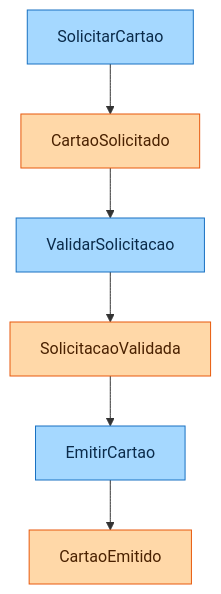
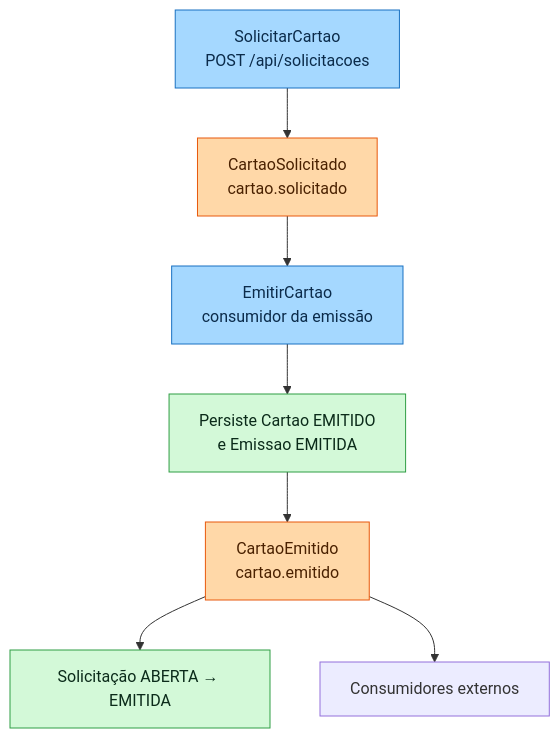
Before and after one commit to projeto-caixa-ada/gerador-cartao: the first of 5 diagrams in projeto-final-contratacao-cartao.md, drawn with Mermaid. The commit also changed other lines of this file and 1 other file, not shown here.

Commit message:
docs: Update project documentation to reflect current implementation and clarify event flow for card issuance

````diff
--- a/projeto-final-contratacao-cartao.md
+++ b/projeto-final-contratacao-cartao.md
@@ -62,13 +95,16 @@
 ```mermaid
 flowchart TD
-    A[SolicitarCartao] --> B[CartaoSolicitado]
-    B --> C[ValidarSolicitacao]
-    C --> D[SolicitacaoValidada]
-    D --> E[EmitirCartao]
-    E --> F[CartaoEmitido]
+    A["SolicitarCartao<br/>POST /api/solicitacoes"] --> B["CartaoSolicitado<br/>cartao.solicitado"]
+    B --> C["EmitirCartao<br/>consumidor da emissão"]
+    C --> G["Persiste Cartao EMITIDO<br/>e Emissao EMITIDA"]
+    G --> D["CartaoEmitido<br/>cartao.emitido"]
+    D --> E["Solicitação ABERTA → EMITIDA"]
+    D --> F["Consumidores externos"]
 
     classDef comando fill:#a5d8ff,stroke:#1971c2,color:#0b2b4a
     classDef evento fill:#ffd8a8,stroke:#e8590c,color:#4a2100
-    class A,C,E comando
-    class B,D,F evento
+    classDef estado fill:#d3f9d8,stroke:#2f9e44,color:#0b2b1a
+    class A,C comando
+    class B,D evento
+    class E,G estado
 ```
````
